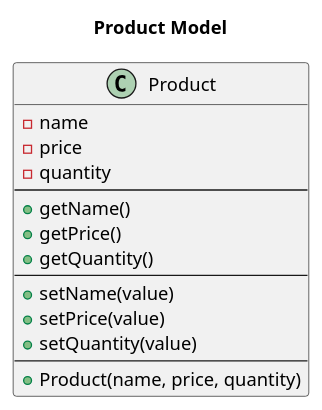
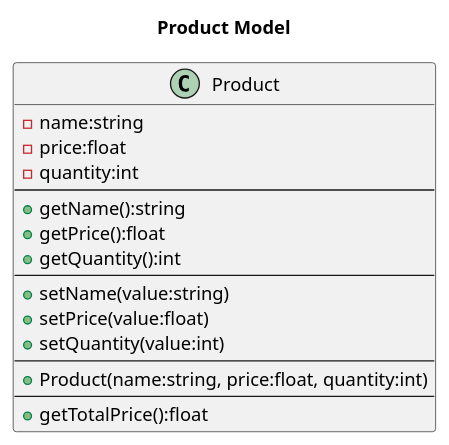
One commit to yunusky/OopWithApplication changed the diagram in Python/chapter_04_01_productmodel.wsd. Above: the diagram before and after it, drawn with PlantUML. The commit also changed 2 other files, not shown here.

```diff
--- a/Python/chapter_04_01_productmodel.wsd
+++ b/Python/chapter_04_01_productmodel.wsd
@@ -1,18 +1,20 @@
 @startuml
 title Product Model
 class Product {
-    -name
-    -price
-    -quantity
+    -name:string
+    -price:float
+    -quantity:int
     --
-    +getName()
-    +getPrice()
-    +getQuantity()
+    +getName():string
+    +getPrice():float
+    +getQuantity():int
     --
-    +setName(value)
-    +setPrice(value)
-    +setQuantity(value)
+    +setName(value:string)
+    +setPrice(value:float)
+    +setQuantity(value:int)
     --
-    +Product(name, price, quantity)
+    +Product(name:string, price:float, quantity:int)
+    --
+    +getTotalPrice():float
 }
 @enduml
```
